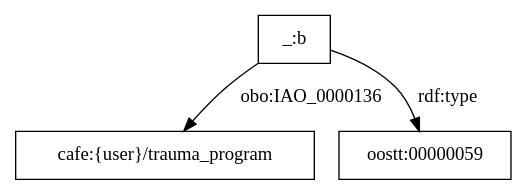
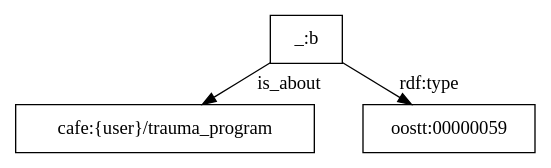
One commit to utecht/dideo-server changed the diagram in cafe/graphs/4.dot. Above: the diagram before and after it, drawn with Graphviz. The commit also changed 19 other files, not shown here.

Commit message:
changed graph format, added more statements

```diff
--- a/cafe/graphs/4.dot
+++ b/cafe/graphs/4.dot
@@ -1,4 +1,5 @@
 digraph g { node [shape=rectangle];
-"_:b" -> "cafe:{user}/trauma_program" [label="obo:IAO_0000136"]
+graph [splines=true, nodesep=.5, ranksep=0, overlap=false];
+"_:b" -> "cafe:{user}/trauma_program" [label="is_about"]
 "_:b" -> "oostt:00000059" [label="rdf:type"]
 }
```
